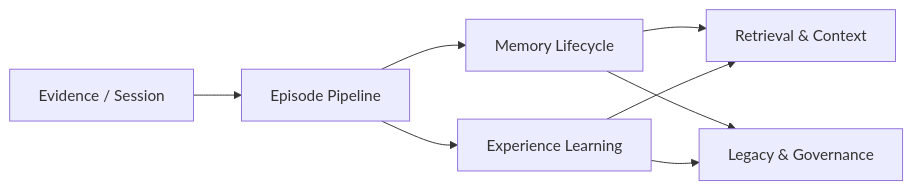
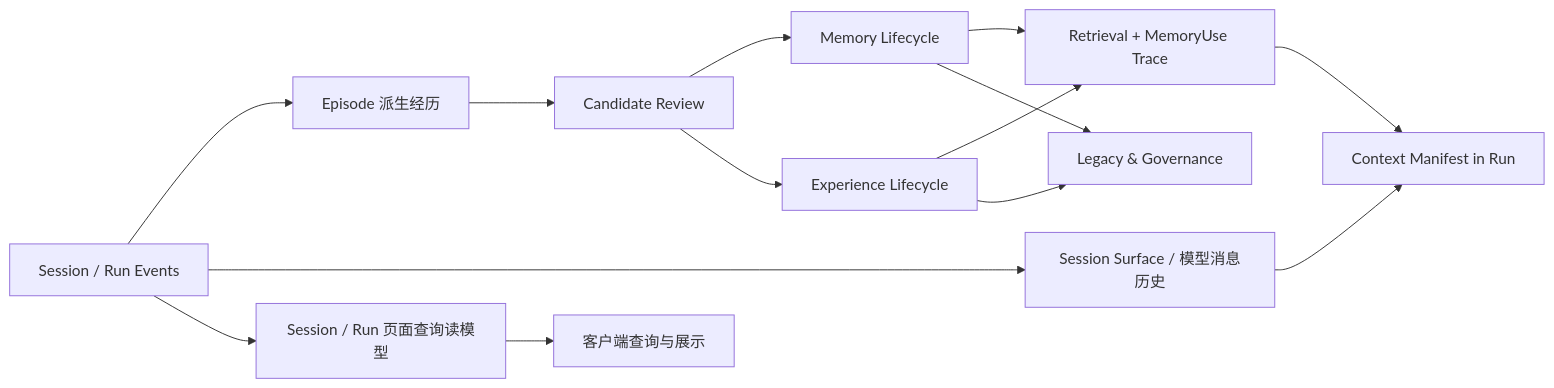
One commit to Cainheart/tracegraph-agent changed the first of 2 diagrams in docs/outlive-agent-v2/04-memory-and-experience/README.md. Above: the diagram before and after it, drawn with Mermaid. The commit also changed other lines of this file and 35 other files, not shown here.

First line of the commit message:
docs(architecture): 以 Agent Runtime 与 Session/Evidence 取代三平面模型

````diff
--- a/docs/outlive-agent-v2/04-memory-and-experience/README.md
+++ b/docs/outlive-agent-v2/04-memory-and-experience/README.md
@@ -15,10 +15,16 @@
 ```mermaid
 flowchart LR
-  E[Evidence / Session] --> EP[Episode Pipeline]
-  EP --> ML[Memory Lifecycle]
-  EP --> EX[Experience Learning]
-  ML --> RC[Retrieval & Context]
+  SE[Session / Run Events] --> EP[Episode 派生经历]
+  SE --> MH[Session Surface / 模型消息历史]
+  SE --> QV[Session / Run 页面查询读模型]
+  EP --> MC[Candidate Review]
+  MC --> ML[Memory Lifecycle]
+  MC --> EX[Experience Lifecycle]
+  ML --> RC[Retrieval + MemoryUse Trace]
   EX --> RC
+  RC --> CM[Context Manifest in Run]
+  MH --> CM
+  QV --> UI[客户端查询与展示]
   ML --> LG[Legacy & Governance]
   EX --> LG
 ```
````
